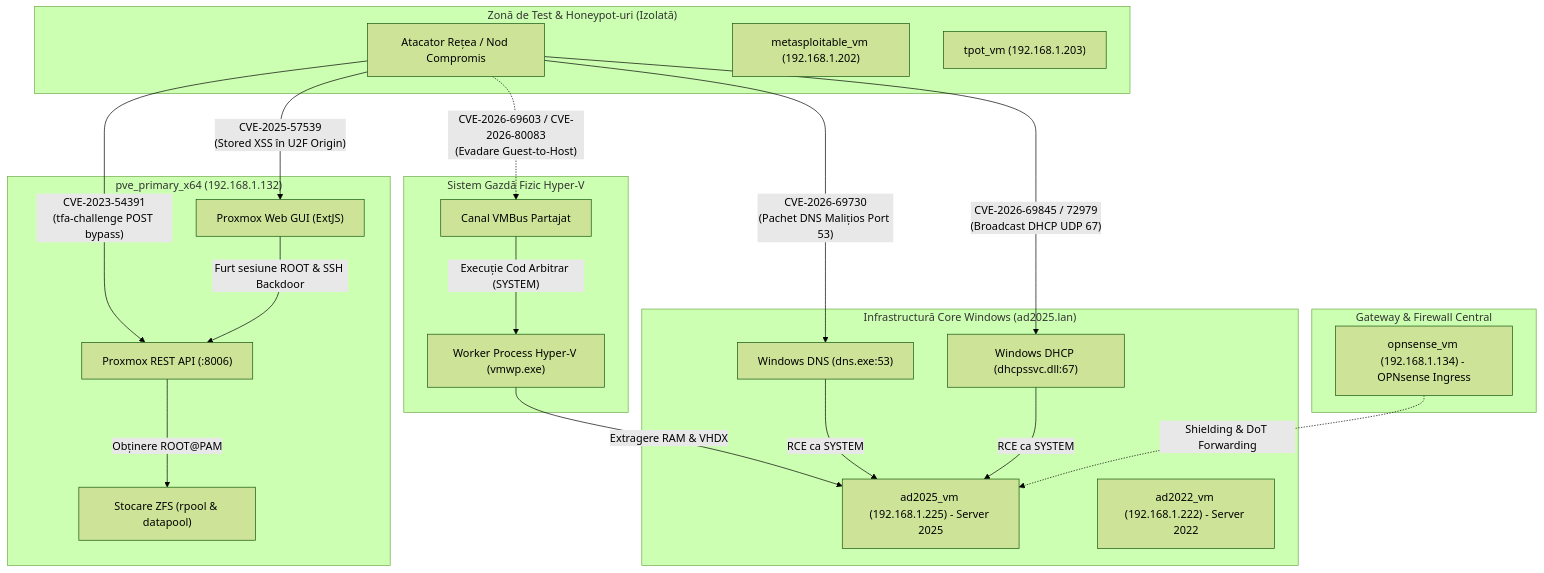
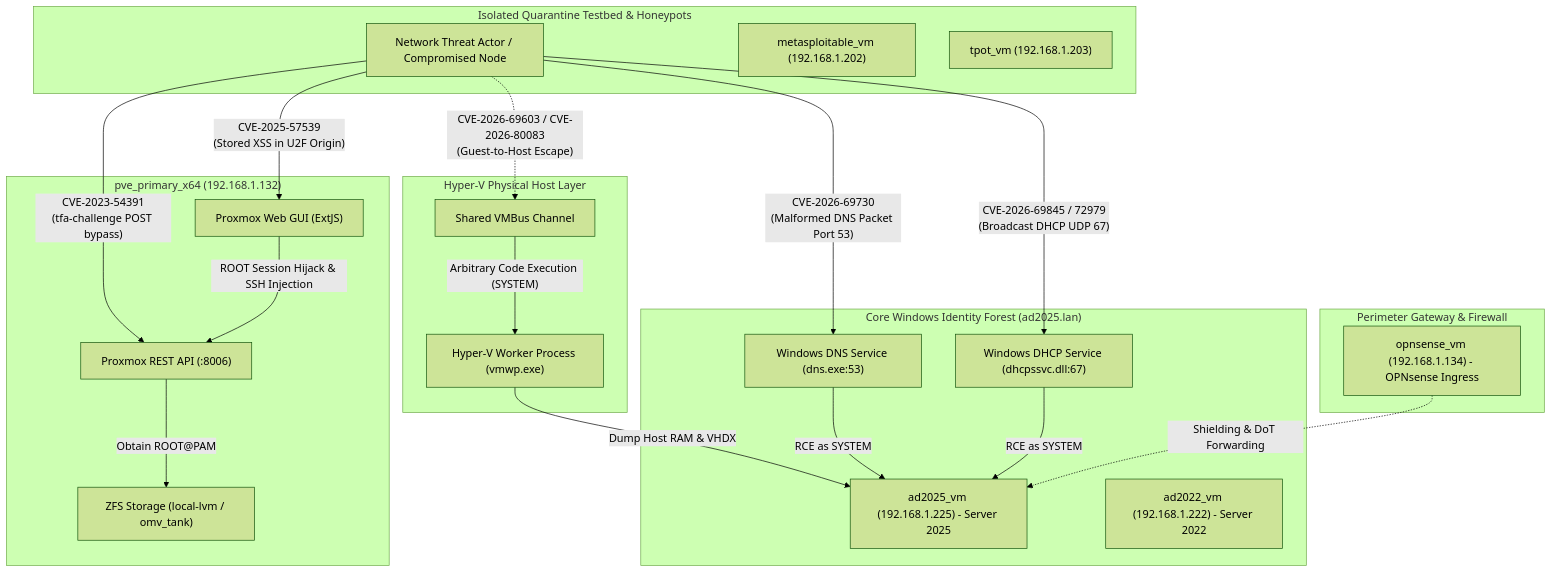
Before and after one commit to stefanutc1/infrastructure: the diagram in cyber/cve/README.md, drawn with Mermaid (forest theme). The commit also changed other lines of this file and 64 other files, not shown here.

````diff
--- a/cyber/cve/README.md
+++ b/cyber/cve/README.md
@@ -36,49 +40,49 @@
 ```mermaid
 graph TD
-  subgraph Untrusted_or_Compromised_Zone["Zonă de Test & Honeypot-uri (Izolată)"]
-    Attacker["Atacator Rețea / Nod Compromis"]
+  subgraph Untrusted_or_Compromised_Zone["Isolated Quarantine Testbed & Honeypots"]
+    Attacker["Network Threat Actor / Compromised Node"]
     Metasploitable["metasploitable_vm (192.168.1.202)"]
     TPot["tpot_vm (192.168.1.203)"]
   end
 
   subgraph Proxmox_Hypervisor_Layer["pve_primary_x64 (192.168.1.132)"]
     PVE_API["Proxmox REST API (:8006)"]
     PVE_GUI["Proxmox Web GUI (ExtJS)"]
-    ZFS_Pools["Stocare ZFS (rpool & datapool)"]
+    ZFS_Pools["ZFS Storage (local-lvm / omv_tank)"]
   end
 
-  subgraph HyperV_Host_Layer["Sistem Gazdă Fizic Hyper-V"]
-    VMBus["Canal VMBus Partajat"]
-    VMWP["Worker Process Hyper-V (vmwp.exe)"]
+  subgraph HyperV_Host_Layer["Hyper-V Physical Host Layer"]
+    VMBus["Shared VMBus Channel"]
+    VMWP["Hyper-V Worker Process (vmwp.exe)"]
   end
 
-  subgraph Active_Directory_Domain_Controllers["Infrastructură Core Windows (ad2025.lan)"]
+  subgraph Active_Directory_Domain_Controllers["Core Windows Identity Forest (ad2025.lan)"]
     AD2025["ad2025_vm (192.168.1.225) - Server 2025"]
     AD2022["ad2022_vm (192.168.1.222) - Server 2022"]
-    DNS_Svc["Windows DNS (dns.exe:53)"]
-    DHCP_Svc["Windows DHCP (dhcpssvc.dll:67)"]
+    DNS_Svc["Windows DNS Service (dns.exe:53)"]
+    DHCP_Svc["Windows DHCP Service (dhcpssvc.dll:67)"]
   end
 
-  subgraph Ingress_Layer["Gateway & Firewall Central"]
+  subgraph Ingress_Layer["Perimeter Gateway & Firewall"]
     OPNsense["opnsense_vm (192.168.1.134) - OPNsense Ingress"]
   end
 
   %% Attack vectors
   Attacker -->|"CVE-2023-54391<br/>(tfa-challenge POST bypass)"| PVE_API
-  PVE_API -->|"Obținere ROOT@PAM"| ZFS_Pools
+  PVE_API -->|"Obtain ROOT@PAM"| ZFS_Pools
 
-  Attacker -->|"CVE-2025-57539<br/>(Stored XSS în U2F Origin)"| PVE_GUI
-  PVE_GUI -->|"Furt sesiune ROOT & SSH Backdoor"| PVE_API
+  Attacker -->|"CVE-2025-57539<br/>(Stored XSS in U2F Origin)"| PVE_GUI
+  PVE_GUI -->|"ROOT Session Hijack & SSH Injection"| PVE_API
 
-  Attacker -.->|"CVE-2026-69603 / CVE-2026-80083<br/>(Evadare Guest-to-Host)"| VMBus
-  VMBus -->|"Execuție Cod Arbitrar (SYSTEM)"| VMWP
-  VMWP -->|"Extragere RAM & VHDX"| AD2025
+  Attacker -.->|"CVE-2026-69603 / CVE-2026-80083<br/>(Guest-to-Host Escape)"| VMBus
+  VMBus -->|"Arbitrary Code Execution (SYSTEM)"| VMWP
+  VMWP -->|"Dump Host RAM & VHDX"| AD2025
 
-  Attacker -->|"CVE-2026-69730<br/>(Pachet DNS Malițios Port 53)"| DNS_Svc
-  DNS_Svc -->|"RCE ca SYSTEM"| AD2025
+  Attacker -->|"CVE-2026-69730<br/>(Malformed DNS Packet Port 53)"| DNS_Svc
+  DNS_Svc -->|"RCE as SYSTEM"| AD2025
 
   Attacker -->|"CVE-2026-69845 / 72979<br/>(Broadcast DHCP UDP 67)"| DHCP_Svc
-  DHCP_Svc -->|"RCE ca SYSTEM"| AD2025
+  DHCP_Svc -->|"RCE as SYSTEM"| AD2025
 
   OPNsense -.->|"Shielding & DoT Forwarding"| AD2025
 ```
````
